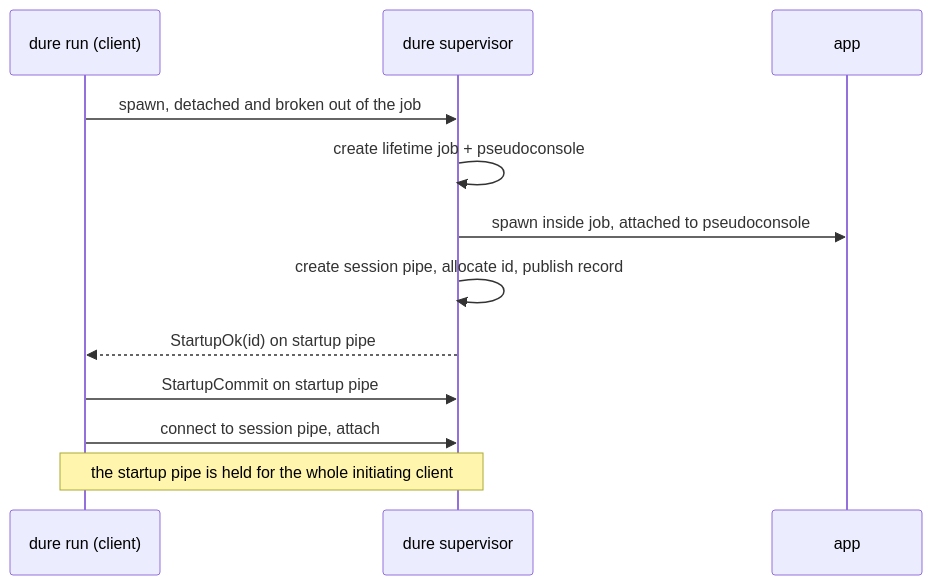
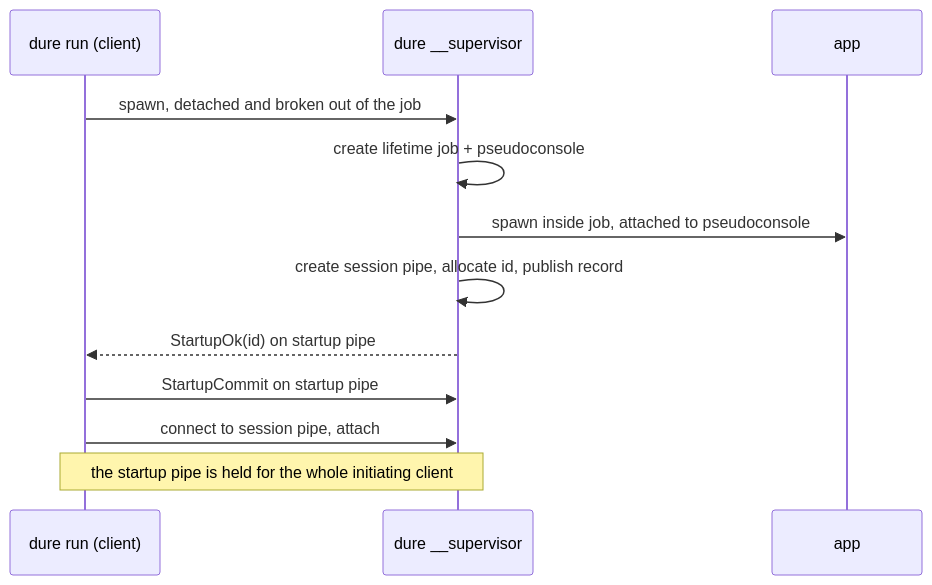
One commit to folo-rs/folo changed the first of 2 diagrams in packages/dure/docs/implementation.md. Above: the diagram before and after it, drawn with Mermaid. The commit also changed other lines of this file and 84 other files, not shown here.

````diff
--- a/packages/dure/docs/implementation.md
+++ b/packages/dure/docs/implementation.md
@@ -28,14 +28,14 @@
 ```mermaid
 sequenceDiagram
   participant C as dure run (client)
-  participant S as dure supervisor
+  participant S as dure __supervisor
   participant A as app
   C->>S: spawn, detached and broken out of the job
   S->>S: create lifetime job + pseudoconsole
   S->>A: spawn inside job, attached to pseudoconsole
   S->>S: create session pipe, allocate id, publish record
   S-->>C: StartupOk(id) on startup pipe
   C->>S: StartupCommit on startup pipe
   C->>S: connect to session pipe, attach
   Note over C,S: the startup pipe is held for the whole initiating client
 ```
````
